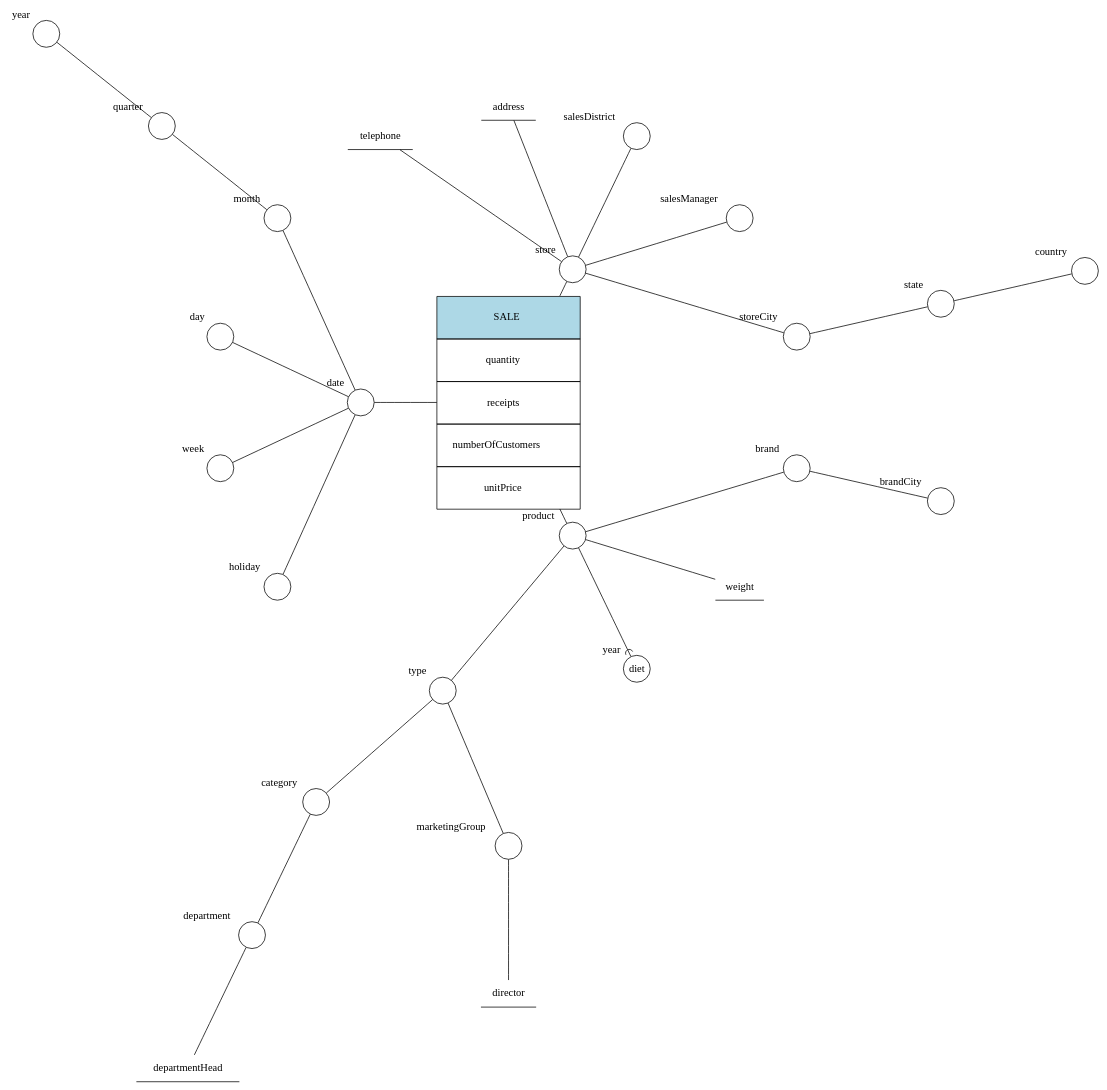
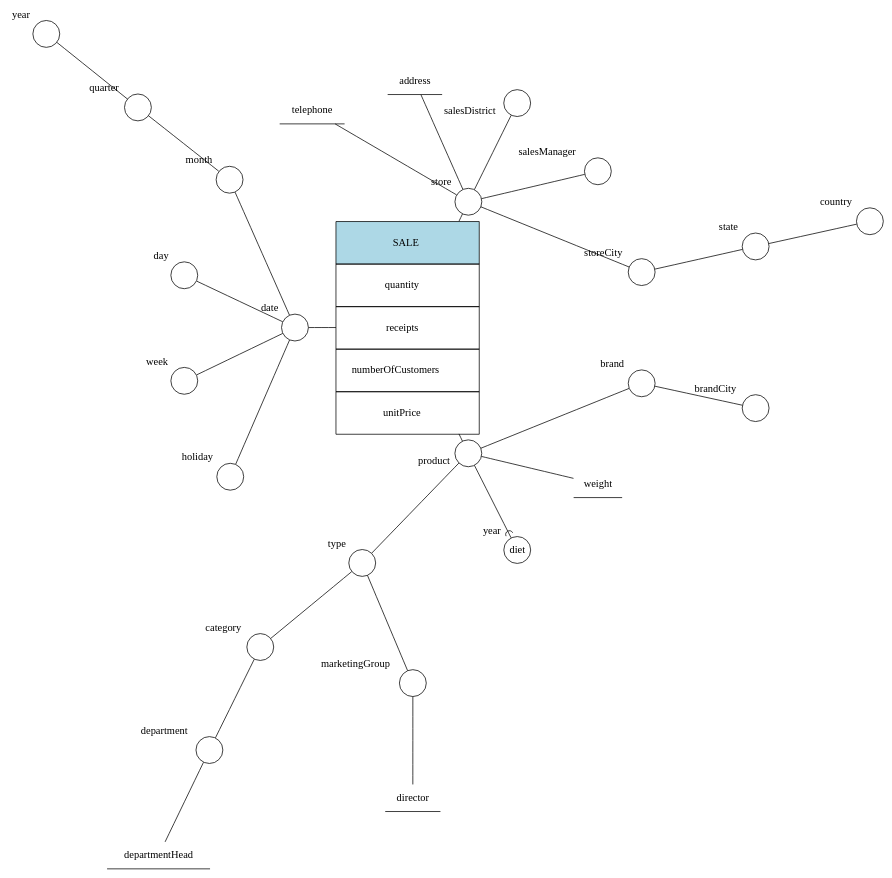
One commit to leonardogonfiantini/bubbly changed the diagram in cmd/gen/dot.dot. Above: the diagram before and after it, drawn with Graphviz. The commit also changed 2 other files, not shown here.

Commit message:
overlap and overlap scaling for dfm schema

```diff
--- a/cmd/gen/dot.dot
+++ b/cmd/gen/dot.dot
@@ -1,59 +1,59 @@
 digraph G {
 	layout=twopi;
-	nodesep=0.1;
-	ranksep=2.75;
+	overlap=prism;
+	overlap_scaling=4.5;
 	SALE->store[ arrowhead=none, len=0.5 ];
 	store->storeCity[ arrowhead=none, len=0.5 ];
 	storeCity->state[ arrowhead=none, len=0.5 ];
 	state->country[ arrowhead=none, len=0.5 ];
 	SALE->date[ arrowhead=none, len=0.5 ];
 	date->month[ arrowhead=none, len=0.5 ];
 	month->quarter[ arrowhead=none, len=0.5 ];
 	SALE->product[ arrowhead=none, len=0.5 ];
 	product->type[ arrowhead=none, len=0.5 ];
 	store->salesManager[ arrowhead=none, len=0.5 ];
 	store->salesDistrict[ arrowhead=none, len=0.5 ];
 	store->address[ arrowhead=none, len=0.5 ];
 	store->telephone[ arrowhead=none, len=0.5 ];
 	date->day[ arrowhead=none, len=0.5 ];
 	date->week[ arrowhead=none, len=0.5 ];
 	date->holiday[ arrowhead=none, len=0.5 ];
 	quarter->year[ arrowhead=none, len=0.5 ];
 	product->diet[ arrowhead=icurve ];
 	product->weight[ arrowhead=none, len=0.5 ];
 	product->brand[ arrowhead=none, len=0.5 ];
 	brand->brandCity[ arrowhead=none, len=0.5 ];
 	type->category[ arrowhead=none, len=0.5 ];
 	category->department[ arrowhead=none, len=0.5 ];
 	department->departmentHead[ arrowhead=none, len=0.5 ];
 	type->marketingGroup[ arrowhead=none, len=0.5 ];
 	marketingGroup->director[ arrowhead=none, len=0.5 ];
 	SALE [ label=<<table border="0" cellborder="1" cellspacing="0" cellpadding="20"> <tr> <td bgcolor="lightblue">SALE</td> </tr><tr> <td>quantity</td> </tr><tr> <td>receipts</td> </tr><tr> <td>numberOfCustomers</td> </tr><tr> <td>unitPrice</td> </tr></table>>, root=true, shape=plain ];
 	address [ shape=underline ];
 	brand [ fixedsize=true, label="", shape=circle, xlabel=brand ];
 	brandCity [ fixedsize=true, label="", shape=circle, xlabel=brandCity ];
 	category [ fixedsize=true, label="", shape=circle, xlabel=category ];
 	country [ fixedsize=true, label="", shape=circle, xlabel=country ];
 	date [ fixedsize=true, label="", shape=circle, xlabel=date ];
 	day [ fixedsize=true, label="", shape=circle, xlabel=day ];
 	department [ fixedsize=true, label="", shape=circle, xlabel=department ];
 	departmentHead [ shape=underline ];
 	diet [ fixedsize=true, label=diet, shape=circle, xlabel=year ];
 	director [ shape=underline ];
 	holiday [ fixedsize=true, label="", shape=circle, xlabel=holiday ];
 	marketingGroup [ fixedsize=true, label="", shape=circle, xlabel=marketingGroup ];
 	month [ fixedsize=true, label="", shape=circle, xlabel=month ];
 	product [ fixedsize=true, label="", shape=circle, xlabel=product ];
 	quarter [ fixedsize=true, label="", shape=circle, xlabel=quarter ];
 	salesDistrict [ fixedsize=true, label="", shape=circle, xlabel=salesDistrict ];
 	salesManager [ fixedsize=true, label="", shape=circle, xlabel=salesManager ];
 	state [ fixedsize=true, label="", shape=circle, xlabel=state ];
 	store [ fixedsize=true, label="", shape=circle, xlabel=store ];
 	storeCity [ fixedsize=true, label="", shape=circle, xlabel=storeCity ];
 	telephone [ shape=underline ];
 	type [ fixedsize=true, label="", shape=circle, xlabel=type ];
 	week [ fixedsize=true, label="", shape=circle, xlabel=week ];
 	weight [ shape=underline ];
 	year [ fixedsize=true, label="", shape=circle, xlabel=year ];
 
 }
```
